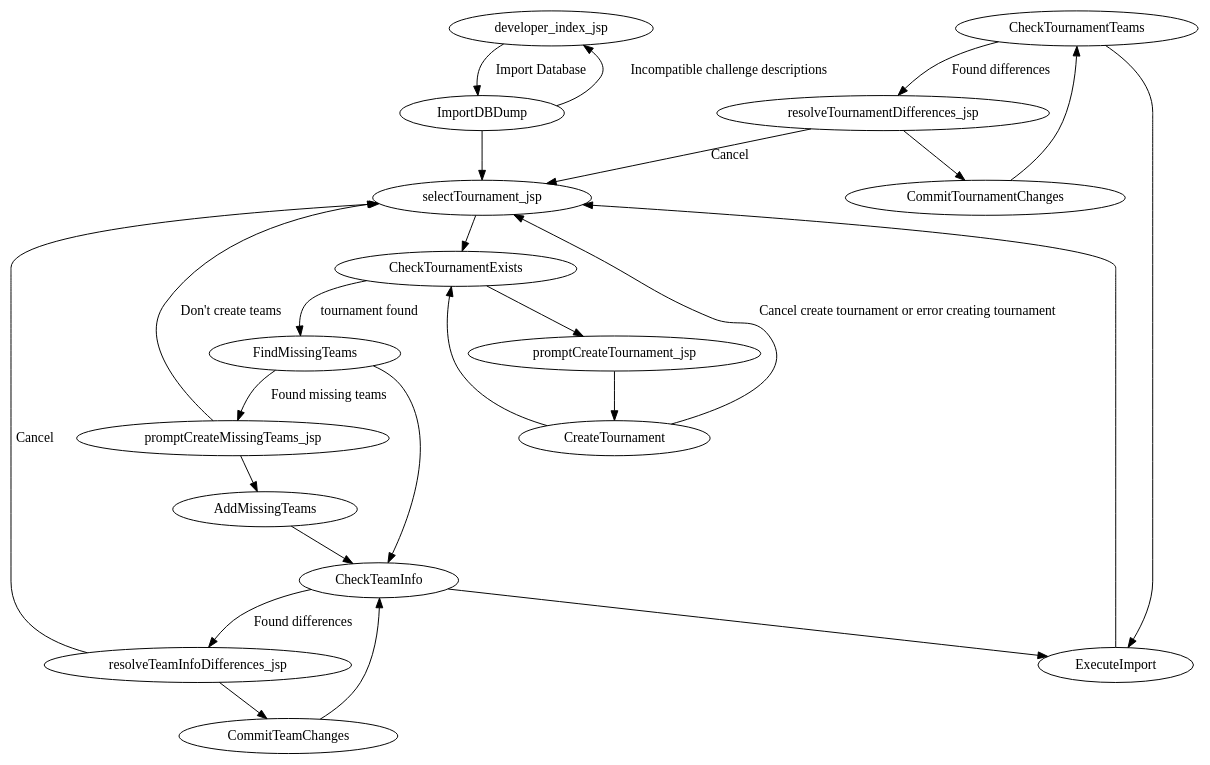
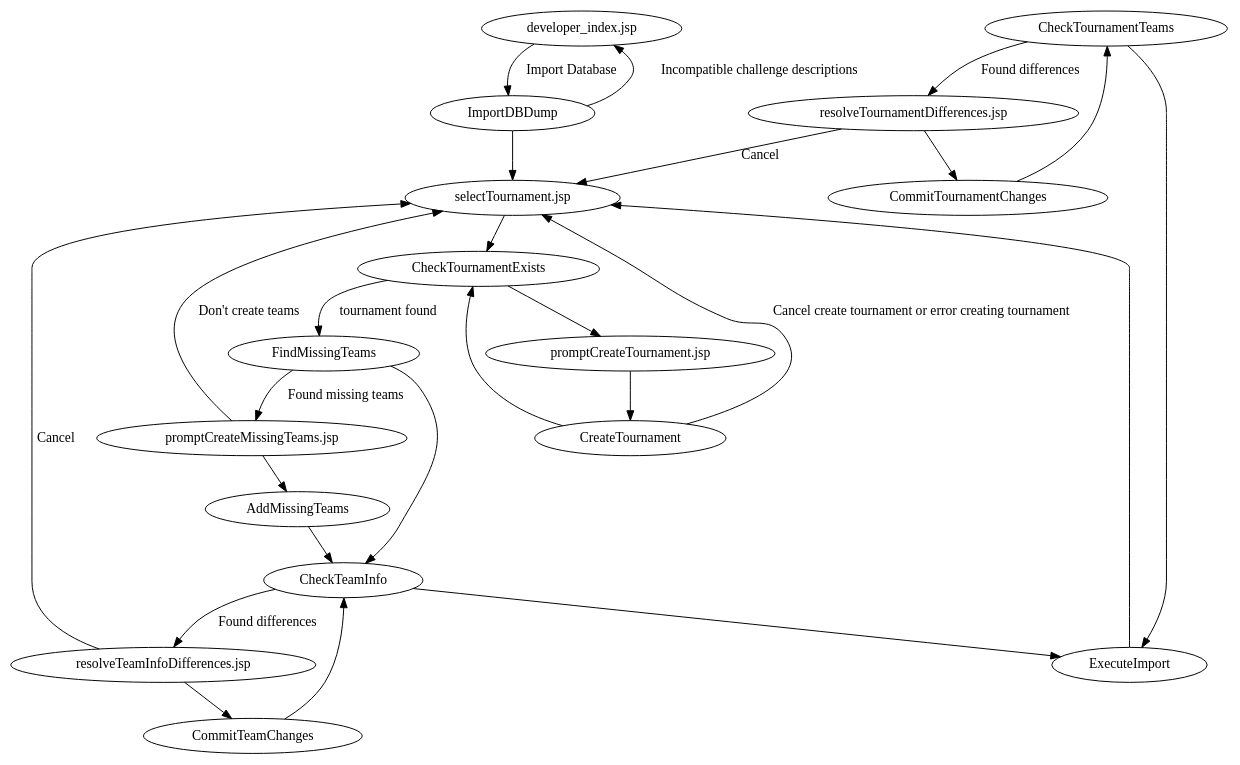
One commit to jpschewe/fll-sw changed the diagram in scoring/docs/workflows/import_database.dot. Above: the diagram before and after it, drawn with Graphviz. The commit also changed 8 other files, not shown here.

```diff
--- a/scoring/docs/workflows/import_database.dot
+++ b/scoring/docs/workflows/import_database.dot
@@ -1,54 +1,54 @@
 digraph import_database {
 
-developer_index_jsp -> ImportDBDump [label="Import Database"];
+"developer_index.jsp" -> ImportDBDump [label="Import Database"];
 
-ImportDBDump -> selectTournament_jsp;
+ImportDBDump -> "selectTournament.jsp";
 
-ImportDBDump -> developer_index_jsp [label="Incompatible challenge descriptions"]
+ImportDBDump -> "developer_index.jsp" [label="Incompatible challenge descriptions"]
 
-selectTournament_jsp -> CheckTournamentExists;
+"selectTournament.jsp" -> CheckTournamentExists;
 
-CheckTournamentExists -> promptCreateTournament_jsp;
+CheckTournamentExists -> "promptCreateTournament.jsp";
 
 CheckTournamentExists -> FindMissingTeams [label="tournament found"];
 
-promptCreateTournament_jsp -> CreateTournament;
+"promptCreateTournament.jsp" -> CreateTournament;
 
-CreateTournament -> selectTournament_jsp [label="Cancel create tournament or error creating tournament"];
+CreateTournament -> "selectTournament.jsp" [label="Cancel create tournament or error creating tournament"];
 
 CreateTournament -> CheckTournamentExists;
 
 FindMissingTeams -> CheckTeamInfo;
 
-FindMissingTeams -> promptCreateMissingTeams_jsp [label="Found missing teams"];
+FindMissingTeams -> "promptCreateMissingTeams.jsp" [label="Found missing teams"];
 
-promptCreateMissingTeams_jsp -> AddMissingTeams;
+"promptCreateMissingTeams.jsp" -> AddMissingTeams;
 
-promptCreateMissingTeams_jsp -> selectTournament_jsp [label="Don't create teams"];
+"promptCreateMissingTeams.jsp" -> "selectTournament.jsp" [label="Don't create teams"];
 
 AddMissingTeams -> CheckTeamInfo;
 
 CheckTeamInfo -> ExecuteImport;
 
-CheckTeamInfo -> resolveTeamInfoDifferences_jsp [label="Found differences"];
+CheckTeamInfo -> "resolveTeamInfoDifferences.jsp" [label="Found differences"];
 
-resolveTeamInfoDifferences_jsp -> CommitTeamChanges;
+"resolveTeamInfoDifferences.jsp" -> CommitTeamChanges;
 
-resolveTeamInfoDifferences_jsp -> selectTournament_jsp [label="Cancel"];
+"resolveTeamInfoDifferences.jsp" -> "selectTournament.jsp" [label="Cancel"];
 
 CommitTeamChanges -> CheckTeamInfo;
 
-CheckTournamentTeams -> resolveTournamentDifferences_jsp [label="Found differences"];
+CheckTournamentTeams -> "resolveTournamentDifferences.jsp" [label="Found differences"];
 
 CheckTournamentTeams -> ExecuteImport;
 
-resolveTournamentDifferences_jsp -> CommitTournamentChanges;
+"resolveTournamentDifferences.jsp" -> CommitTournamentChanges;
 
-resolveTournamentDifferences_jsp -> selectTournament_jsp [label="Cancel"];
+"resolveTournamentDifferences.jsp" -> "selectTournament.jsp" [label="Cancel"];
 
 CommitTournamentChanges -> CheckTournamentTeams;
 
-ExecuteImport -> selectTournament_jsp;
+ExecuteImport -> "selectTournament.jsp";
 
 
 }
```
